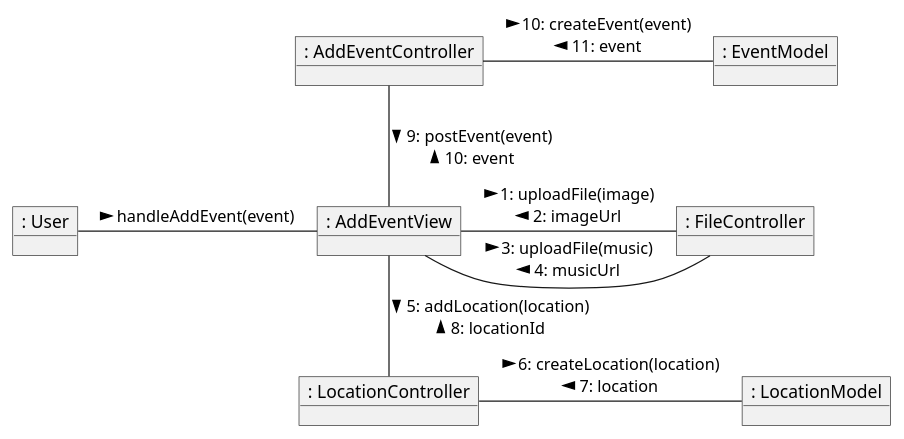
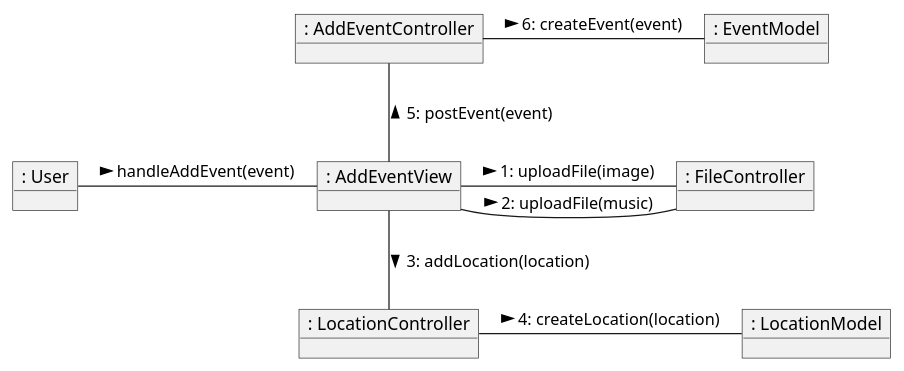
One commit to valeraruggierotesisucv/tesis-frameworks-mobile-diagrams changed the diagram in Análisis/Clases de Análisis/UC6 Análisis/analysisColaborationDiagramUC6.plantuml. Above: the diagram before and after it, drawn with PlantUML. The commit also changed 20 other files, not shown here.

Commit message:
diagrama de traza + diagrama de secuencia + correcciones de maria paula

```diff
--- a/Análisis/Clases de Análisis/UC6 Análisis/analysisColaborationDiagramUC6.plantuml
+++ b/Análisis/Clases de Análisis/UC6 Análisis/analysisColaborationDiagramUC6.plantuml
@@ -1,18 +1,18 @@
 @startuml analysisColaborationDiagramUC6
 object ": User" as UserReg
 object ": AddEventView" as AddEventView
 object ": FileController" as FileController
 object ": LocationController" as LocationController
 object ": AddEventController" as AddEventController
 object ": EventModel" as EventModel
 object ": LocationModel" as LocationModel
 
 UserReg -r- AddEventView : handleAddEvent(event) >
-AddEventView -r- FileController: > 1: uploadFile(image) \n 2: imageUrl <
-AddEventView -r- FileController: > 3: uploadFile(music) \n 4: musicUrl <
-AddEventView -d- LocationController: > 5: addLocation(location) \n 8: locationId <
-LocationController -r- LocationModel: > 6: createLocation(location) \n 7: location <
-AddEventView -u- AddEventController: > 9: postEvent(event) \n 10: event <
-AddEventController -r- EventModel: > 10: createEvent(event) \n 11: event <
+AddEventView -r- FileController: > 1: uploadFile(image) 
+AddEventView -r- FileController: > 2: uploadFile(music) 
+AddEventView -d- LocationController: > 3: addLocation(location) 
+LocationController -r- LocationModel: > 4: createLocation(location) 
+AddEventView -u- AddEventController: > 5: postEvent(event) 
+AddEventController -r- EventModel: > 6: createEvent(event) 
 
 @enduml
```
